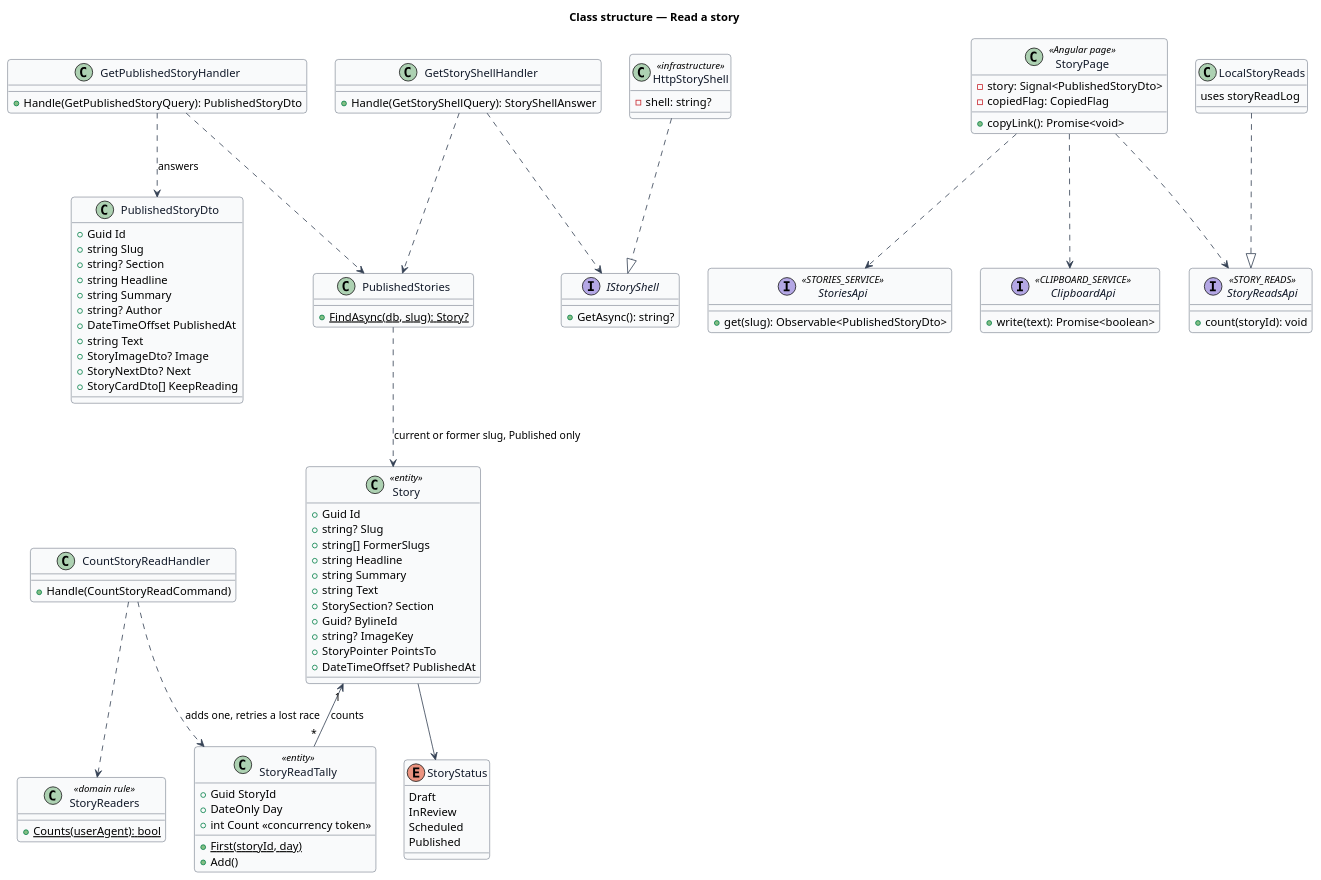
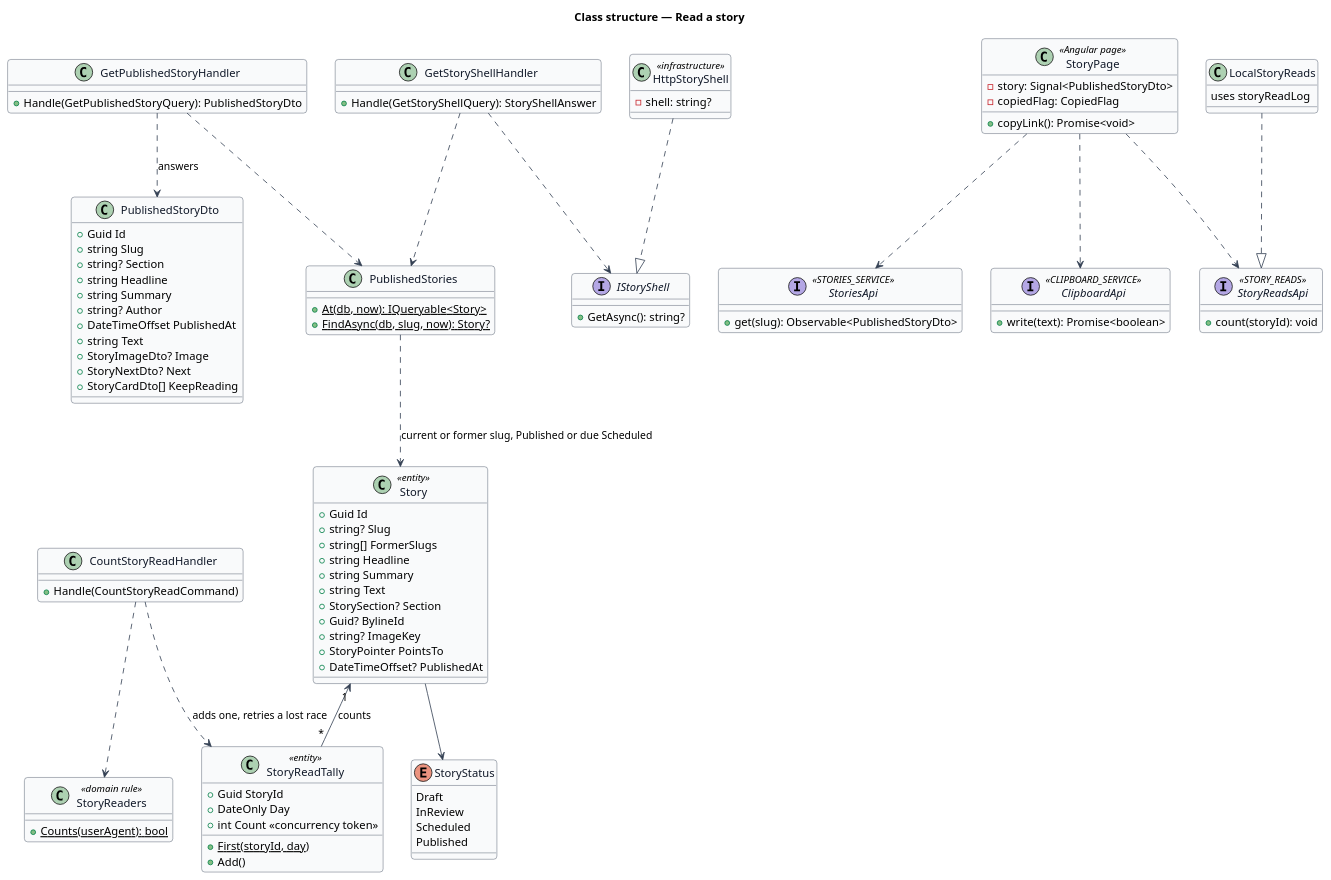
The diagram in docs/detailed-designs/news/read-story/diagrams/class.puml (QuinntyneBrown/christian-fitness), drawn with PlantUML before and after one commit. The commit also changed 13 other files, not shown here.

```diff
--- a/docs/detailed-designs/news/read-story/diagrams/class.puml
+++ b/docs/detailed-designs/news/read-story/diagrams/class.puml
@@ -1,105 +1,106 @@
 @startuml
 skinparam backgroundColor #FFFFFF
 skinparam shadowing false
 skinparam roundcorner 8
 skinparam defaultFontName Arial
 skinparam ArrowColor #344054
 skinparam class {
   BorderColor #344054
   FontColor #101828
   BackgroundColor #F9FAFB
 }
 title Class structure — Read a story
 
 enum StoryStatus {
   Draft
   InReview
   Scheduled
   Published
 }
 class Story <<entity>> {
   +Guid Id
   +string? Slug
   +string[] FormerSlugs
   +string Headline
   +string Summary
   +string Text
   +StorySection? Section
   +Guid? BylineId
   +string? ImageKey
   +StoryPointer PointsTo
   +DateTimeOffset? PublishedAt
 }
 class StoryReadTally <<entity>> {
   +Guid StoryId
   +DateOnly Day
   +int Count <<concurrency token>>
   +{static} First(storyId, day)
   +Add()
 }
 class StoryReaders <<domain rule>> {
   +{static} Counts(userAgent): bool
 }
 class PublishedStories {
-  +{static} FindAsync(db, slug): Story?
+  +{static} At(db, now): IQueryable<Story>
+  +{static} FindAsync(db, slug, now): Story?
 }
 class GetPublishedStoryHandler {
   +Handle(GetPublishedStoryQuery): PublishedStoryDto
 }
 class PublishedStoryDto {
   +Guid Id
   +string Slug
   +string? Section
   +string Headline
   +string Summary
   +string? Author
   +DateTimeOffset PublishedAt
   +string Text
   +StoryImageDto? Image
   +StoryNextDto? Next
   +StoryCardDto[] KeepReading
 }
 class GetStoryShellHandler {
   +Handle(GetStoryShellQuery): StoryShellAnswer
 }
 interface IStoryShell {
   +GetAsync(): string?
 }
 class HttpStoryShell <<infrastructure>> {
   -shell: string?
 }
 class CountStoryReadHandler {
   +Handle(CountStoryReadCommand)
 }
 class StoryPage <<Angular page>> {
   -story: Signal<PublishedStoryDto>
   -copiedFlag: CopiedFlag
   +copyLink(): Promise<void>
 }
 interface StoriesApi <<STORIES_SERVICE>> {
   +get(slug): Observable<PublishedStoryDto>
 }
 interface ClipboardApi <<CLIPBOARD_SERVICE>> {
   +write(text): Promise<boolean>
 }
 interface StoryReadsApi <<STORY_READS>> {
   +count(storyId): void
 }
 class LocalStoryReads {
   uses storyReadLog
 }
 Story --> StoryStatus
 Story "1" <-- "*" StoryReadTally : counts
-PublishedStories ..> Story : current or former slug, Published only
+PublishedStories ..> Story : current or former slug, Published or due Scheduled
 GetPublishedStoryHandler ..> PublishedStories
 GetPublishedStoryHandler ..> PublishedStoryDto : answers
 GetStoryShellHandler ..> PublishedStories
 GetStoryShellHandler ..> IStoryShell
 HttpStoryShell ..|> IStoryShell
 CountStoryReadHandler ..> StoryReaders
 CountStoryReadHandler ..> StoryReadTally : adds one, retries a lost race
 StoryPage ..> StoriesApi
 StoryPage ..> ClipboardApi
 StoryPage ..> StoryReadsApi
 LocalStoryReads ..|> StoryReadsApi
 @enduml
```
